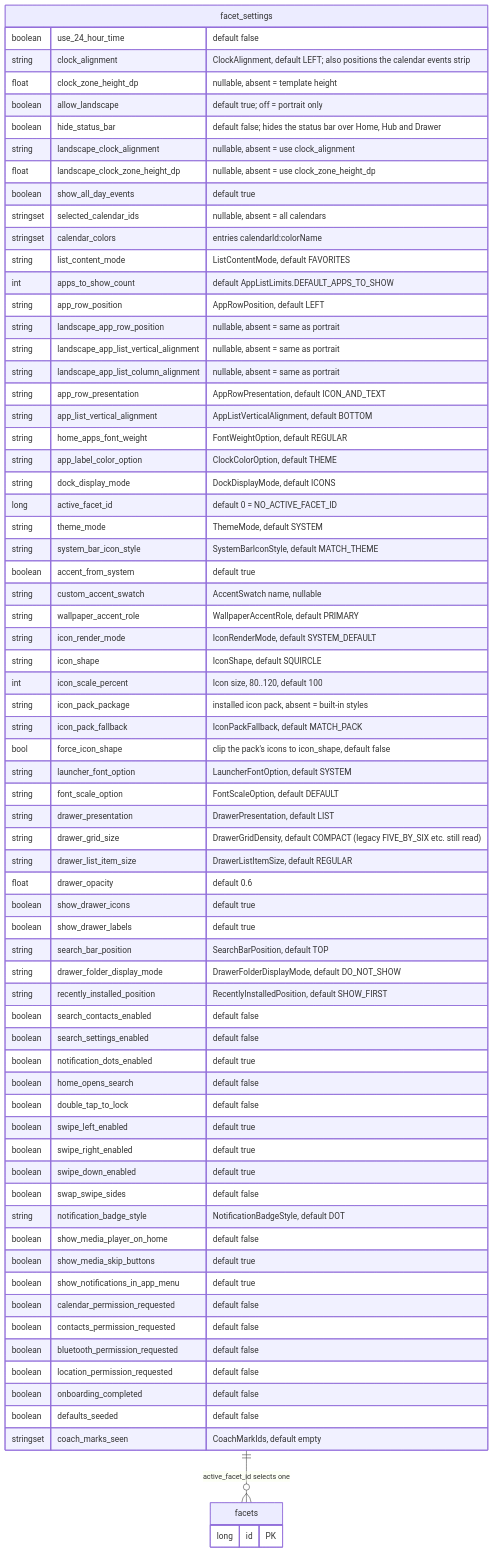
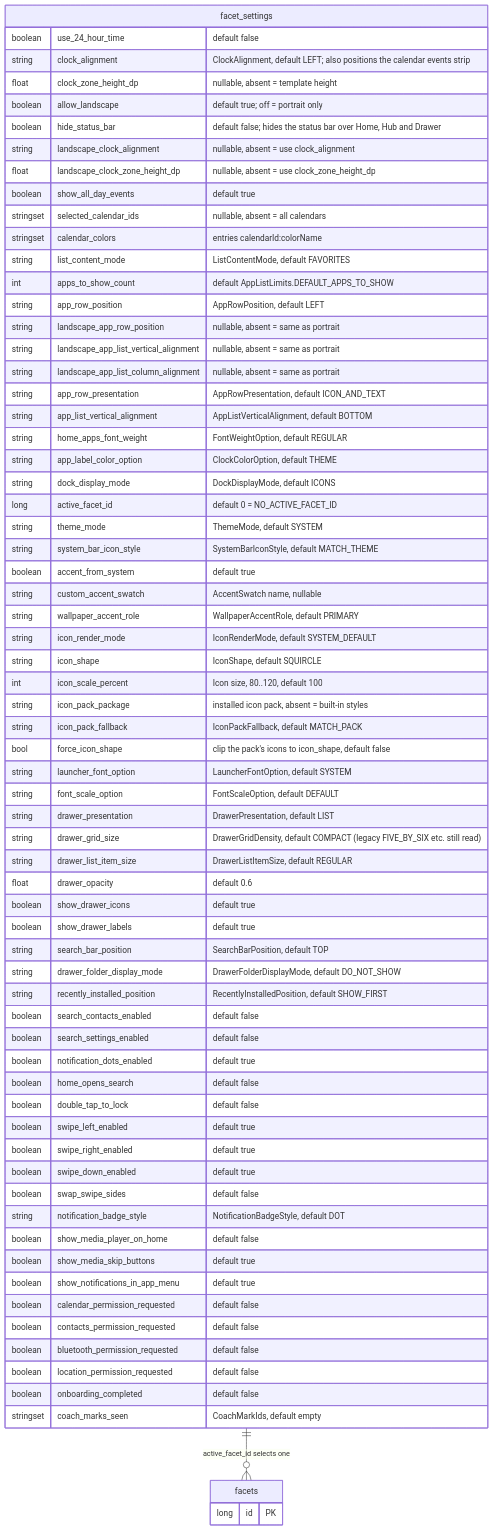
The third of 3 diagrams in docs/architecture/02-persistence-room.md (rohitganjam/facet-launcher), drawn with Mermaid before and after one commit. The commit also changed other lines of this file and 38 other files, not shown here.

````diff
--- a/docs/architecture/02-persistence-room.md
+++ b/docs/architecture/02-persistence-room.md
@@ -382,75 +382,74 @@
 ```mermaid
 erDiagram
     facet_settings {
         boolean use_24_hour_time "default false"
         string clock_alignment "ClockAlignment, default LEFT; also positions the calendar events strip"
         float clock_zone_height_dp "nullable, absent = template height"
         boolean allow_landscape "default true; off = portrait only"
         boolean hide_status_bar "default false; hides the status bar over Home, Hub and Drawer"
         string landscape_clock_alignment "nullable, absent = use clock_alignment"
         float landscape_clock_zone_height_dp "nullable, absent = use clock_zone_height_dp"
         boolean show_all_day_events "default true"
         stringset selected_calendar_ids "nullable, absent = all calendars"
         stringset calendar_colors "entries calendarId:colorName"
         string list_content_mode "ListContentMode, default FAVORITES"
         int apps_to_show_count "default AppListLimits.DEFAULT_APPS_TO_SHOW"
         string app_row_position "AppRowPosition, default LEFT"
         string landscape_app_row_position "nullable, absent = same as portrait"
         string landscape_app_list_vertical_alignment "nullable, absent = same as portrait"
         string landscape_app_list_column_alignment "nullable, absent = same as portrait"
         string app_row_presentation "AppRowPresentation, default ICON_AND_TEXT"
         string app_list_vertical_alignment "AppListVerticalAlignment, default BOTTOM"
         string home_apps_font_weight "FontWeightOption, default REGULAR"
         string app_label_color_option "ClockColorOption, default THEME"
         string dock_display_mode "DockDisplayMode, default ICONS"
         long active_facet_id "default 0 = NO_ACTIVE_FACET_ID"
         string theme_mode "ThemeMode, default SYSTEM"
         string system_bar_icon_style "SystemBarIconStyle, default MATCH_THEME"
         boolean accent_from_system "default true"
         string custom_accent_swatch "AccentSwatch name, nullable"
         string wallpaper_accent_role "WallpaperAccentRole, default PRIMARY"
         string icon_render_mode "IconRenderMode, default SYSTEM_DEFAULT"
         string icon_shape "IconShape, default SQUIRCLE"
         int icon_scale_percent "Icon size, 80..120, default 100"
         string icon_pack_package "installed icon pack, absent = built-in styles"
         string icon_pack_fallback "IconPackFallback, default MATCH_PACK"
         bool force_icon_shape "clip the pack's icons to icon_shape, default false"
         string launcher_font_option "LauncherFontOption, default SYSTEM"
         string font_scale_option "FontScaleOption, default DEFAULT"
         string drawer_presentation "DrawerPresentation, default LIST"
         string drawer_grid_size "DrawerGridDensity, default COMPACT (legacy FIVE_BY_SIX etc. still read)"
         string drawer_list_item_size "DrawerListItemSize, default REGULAR"
         float drawer_opacity "default 0.6"
         boolean show_drawer_icons "default true"
         boolean show_drawer_labels "default true"
         string search_bar_position "SearchBarPosition, default TOP"
         string drawer_folder_display_mode "DrawerFolderDisplayMode, default DO_NOT_SHOW"
         string recently_installed_position "RecentlyInstalledPosition, default SHOW_FIRST"
         boolean search_contacts_enabled "default false"
         boolean search_settings_enabled "default false"
         boolean notification_dots_enabled "default true"
         boolean home_opens_search "default false"
         boolean double_tap_to_lock "default false"
         boolean swipe_left_enabled "default true"
         boolean swipe_right_enabled "default true"
         boolean swipe_down_enabled "default true"
         boolean swap_swipe_sides "default false"
         string notification_badge_style "NotificationBadgeStyle, default DOT"
         boolean show_media_player_on_home "default false"
         boolean show_media_skip_buttons "default true"
         boolean show_notifications_in_app_menu "default true"
         boolean calendar_permission_requested "default false"
         boolean contacts_permission_requested "default false"
         boolean bluetooth_permission_requested "default false"
         boolean location_permission_requested "default false"
         boolean onboarding_completed "default false"
-        boolean defaults_seeded "default false"
         stringset coach_marks_seen "CoachMarkIds, default empty"
     }
 
     facets {
         long id PK
     }
 
     facet_settings ||--o{ facets : "active_facet_id selects one"
 ```
````
